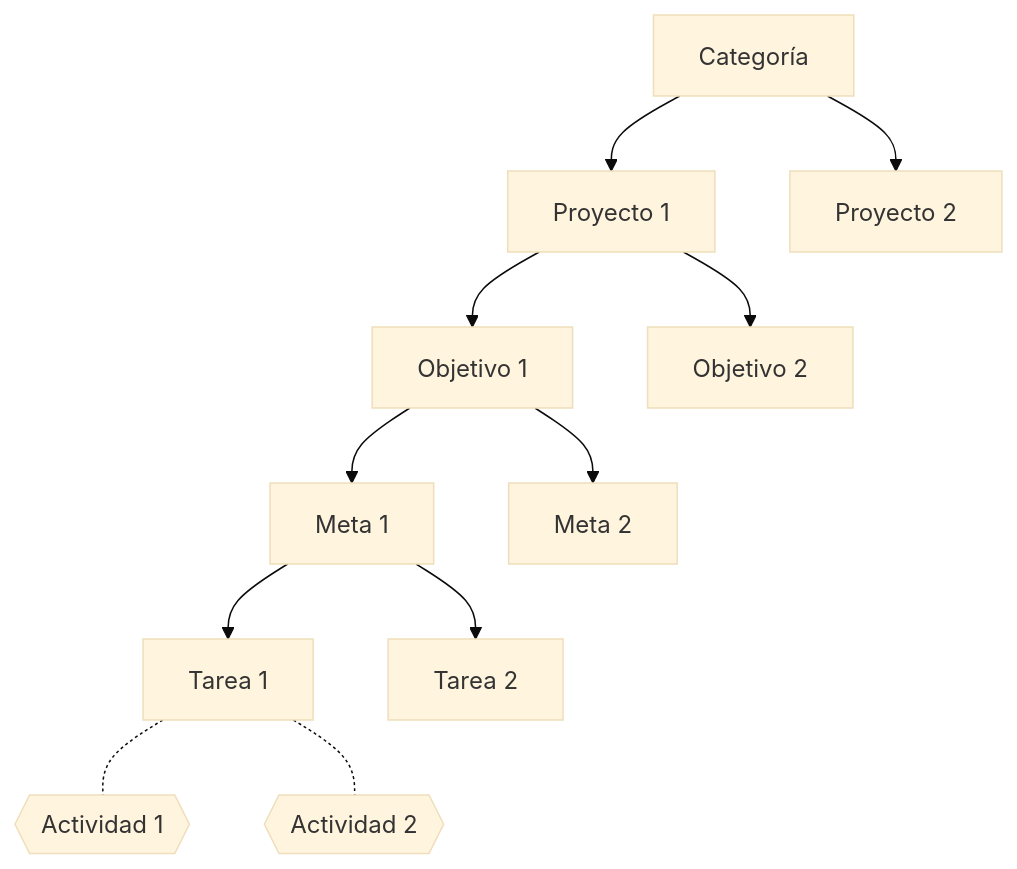
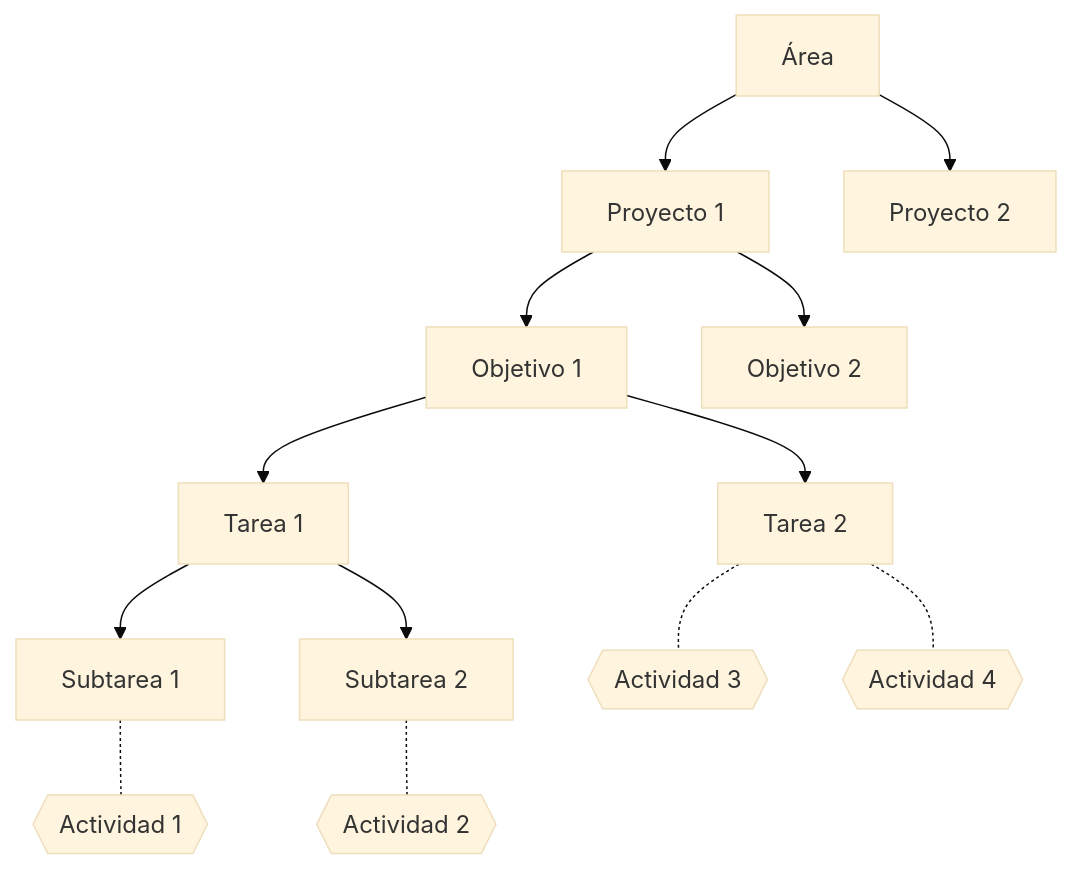
One commit to fabianabarca/horas changed the second of 4 diagrams in README.md. Above: the diagram before and after it, drawn with Mermaid (base theme). The commit also changed other lines of this file, not shown here.

````diff
--- a/README.md
+++ b/README.md
@@ -22,8 +35,10 @@
 ```mermaid
 flowchart TD
-    A[Categoría] --> B1[Proyecto 1] & B2[Proyecto 2]
+    A[Área] --> B1[Proyecto 1] & B2[Proyecto 2]
     B1 --> C1[Objetivo 1] & C2[Objetivo 2]
-    C1 --> D1[Meta 1] & D2[Meta 2]
-    D1 --> E1[Tarea 1] & E2[Tarea 2]
-    E1 -.- F1{{Actividad 1}} & F2{{Actividad 2}}
+    C1 --> D1[Tarea 1] & D2[Tarea 2]
+    D1 --> E1[Subtarea 1] & E2[Subtarea 2]
+    E1 -.- F1{{Actividad 1}}
+    E2 -.- F2{{Actividad 2}}
+    D2 -.- F3{{Actividad 3}} & F4{{Actividad 4}}
 ```
````
